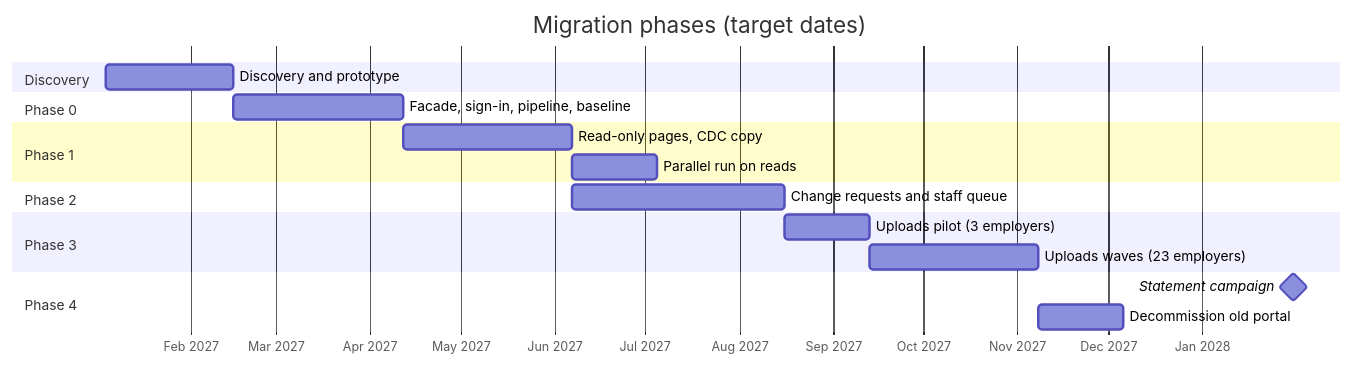
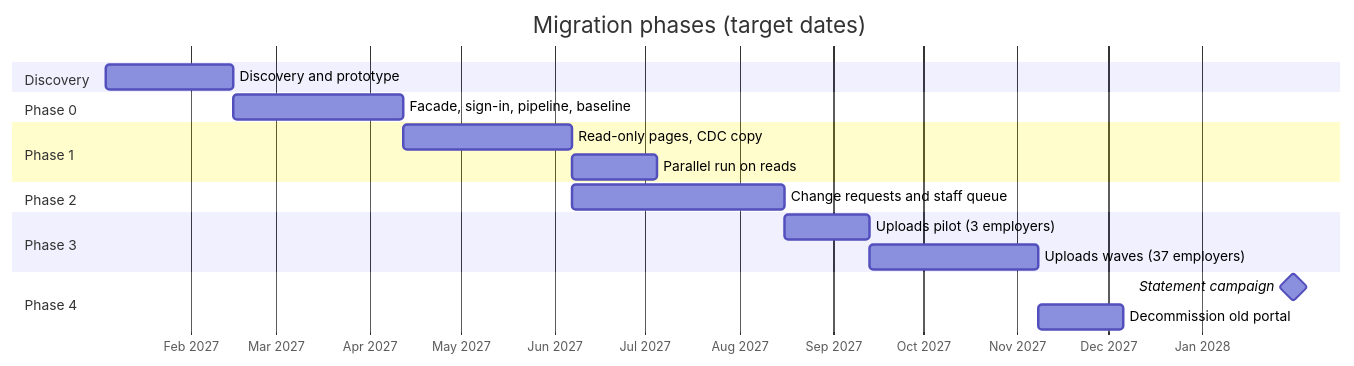
One commit to victor-prokhorov/samples changed the diagram in 32-casebook/casebook/08-migration-plan.md. Above: the diagram before and after it, drawn with Mermaid. The commit also changed other lines of this file and 37 other files, not shown here.

````diff
--- a/32-casebook/casebook/08-migration-plan.md
+++ b/32-casebook/casebook/08-migration-plan.md
@@ -16,21 +16,21 @@
 ```mermaid
 gantt
     title Migration phases (target dates)
     dateFormat YYYY-MM-DD
     axisFormat %b %Y
     section Discovery
     Discovery and prototype              :d1, 2027-01-04, 6w
     section Phase 0
     Facade, sign-in, pipeline, baseline   :p0, after d1, 8w
     section Phase 1
     Read-only pages, CDC copy             :p1, after p0, 8w
     Parallel run on reads                 :p1b, after p1, 4w
     section Phase 2
     Change requests and staff queue       :p2, after p1, 10w
     section Phase 3
     Uploads pilot (3 employers)           :p3, after p2, 4w
-    Uploads waves (23 employers)          :p3b, after p3, 8w
+    Uploads waves (37 employers)          :p3b, after p3, 8w
     section Phase 4
     Statement campaign                    :milestone, m1, 2028-01-31, 0d
     Decommission old portal               :p4, after p3b, 4w
 ```
````
